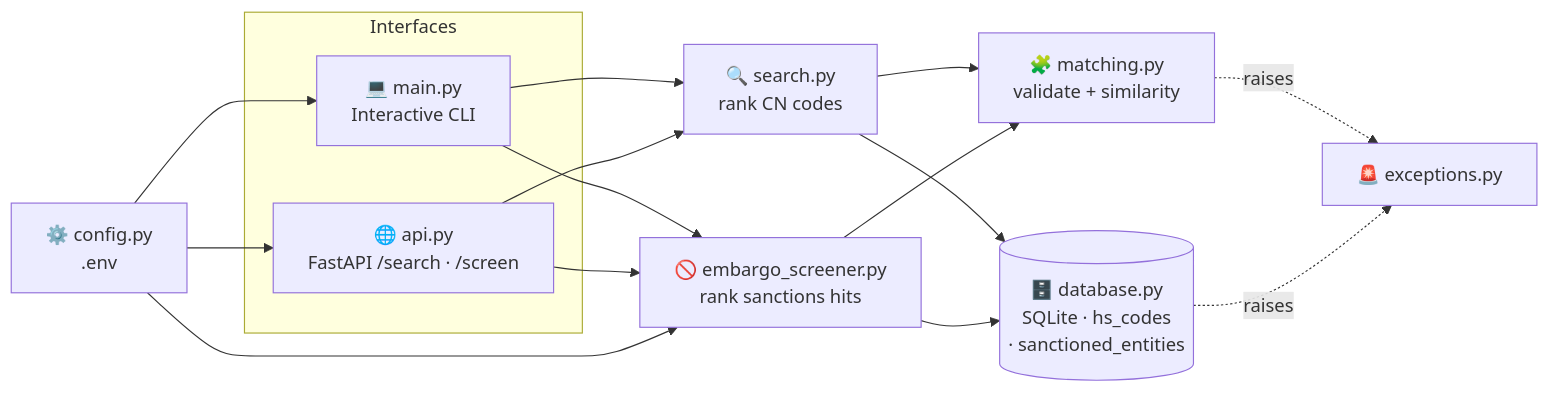
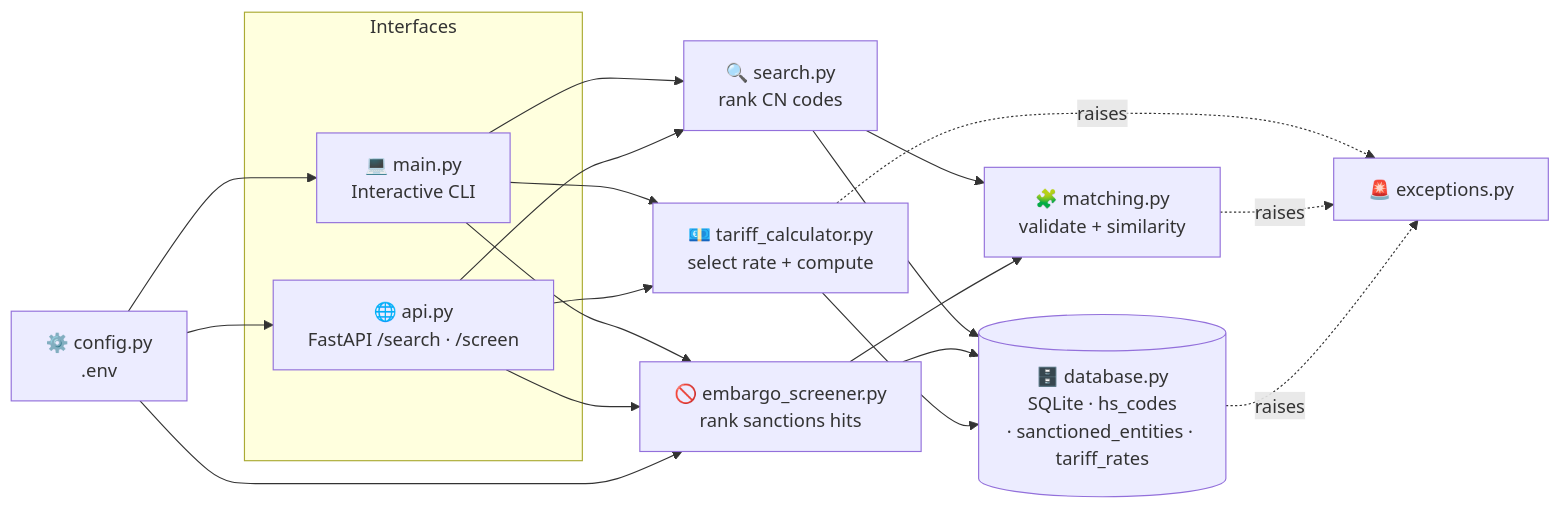
Before and after one commit to Mutersec/CustomsIQ: the first of 2 diagrams in README.md, drawn with Mermaid. The commit also changed other lines of this file and 13 other files, not shown here.

First line of the commit message:
Implement duty calculation with preferential-rate selection

````diff
--- a/README.md
+++ b/README.md
@@ -91,28 +92,33 @@
 ```mermaid
 flowchart LR
     subgraph Interfaces
         CLI["💻 main.py<br/>Interactive CLI"]
         API["🌐 api.py<br/>FastAPI /search · /screen"]
     end
 
     SEARCH["🔍 search.py<br/>rank CN codes"]
     SCREEN["🚫 embargo_screener.py<br/>rank sanctions hits"]
+    DUTY["💶 tariff_calculator.py<br/>select rate + compute"]
     MATCH["🧩 matching.py<br/>validate + similarity"]
-    DB[("🗄️ database.py<br/>SQLite · hs_codes<br/>· sanctioned_entities")]
+    DB[("🗄️ database.py<br/>SQLite · hs_codes<br/>· sanctioned_entities · tariff_rates")]
     EXC["🚨 exceptions.py"]
     CFG["⚙️ config.py<br/>.env"]
 
     CLI --> SEARCH
     CLI --> SCREEN
+    CLI --> DUTY
     API --> SEARCH
     API --> SCREEN
+    API --> DUTY
     SEARCH --> MATCH
     SCREEN --> MATCH
     SEARCH --> DB
     SCREEN --> DB
+    DUTY --> DB
+    DUTY -. raises .-> EXC
     MATCH -. raises .-> EXC
     DB -. raises .-> EXC
     CFG --> CLI
     CFG --> API
     CFG --> SCREEN
 ```
````
